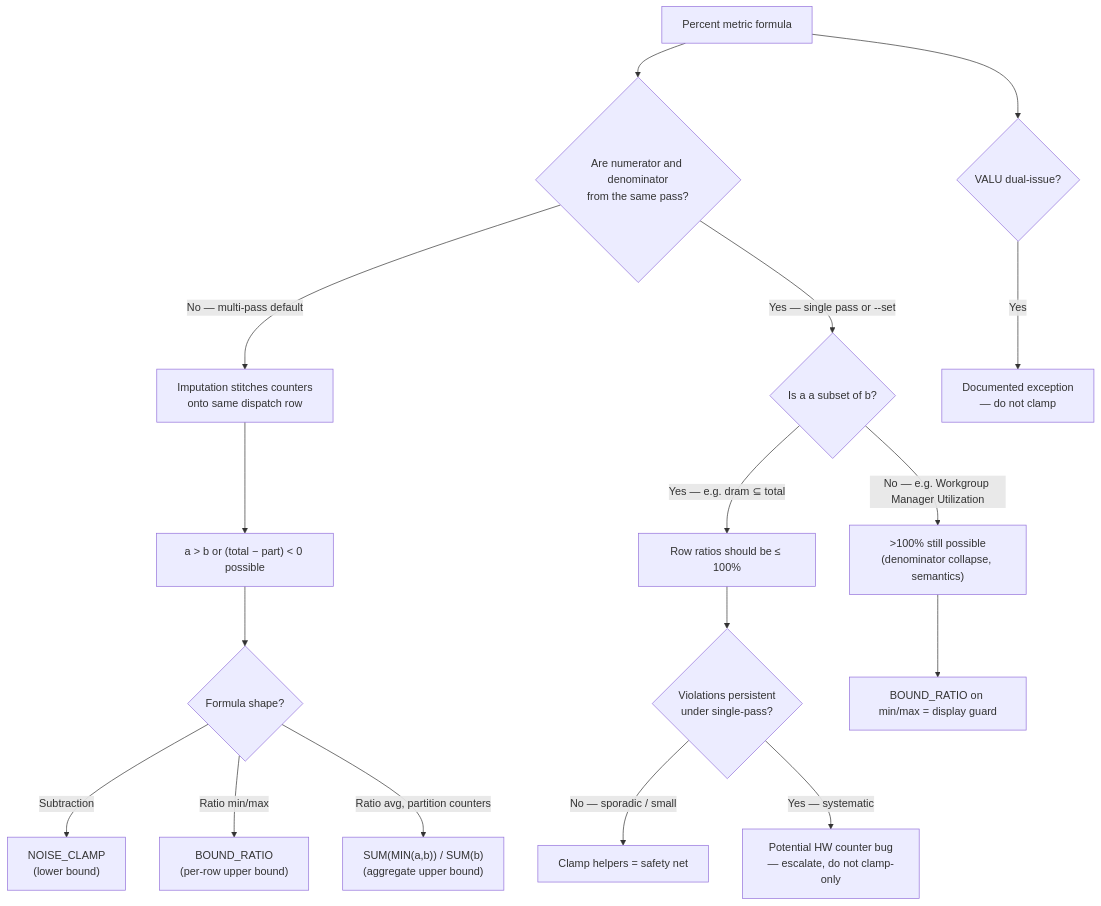
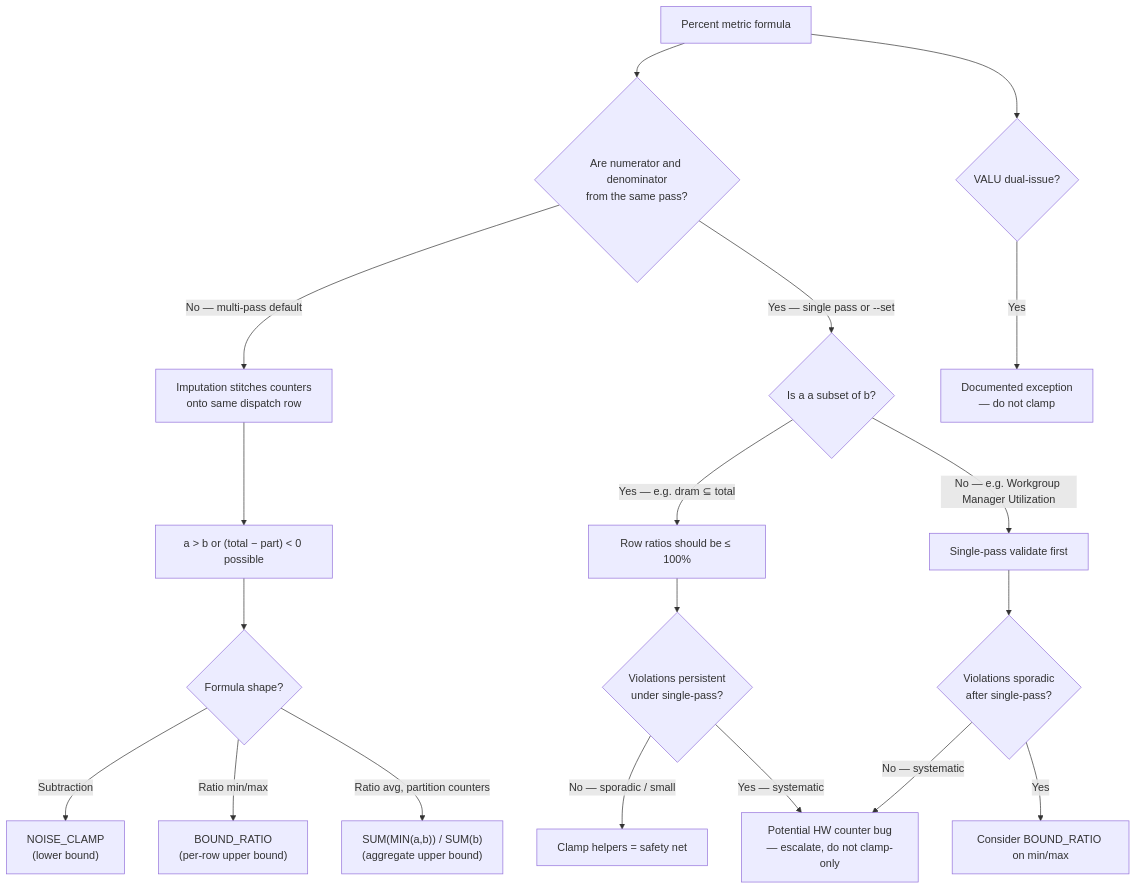
Before and after one commit to ROCm/rocm-systems: the diagram in projects/rocprofiler-compute/docs/design/metric-counter-correction-methods.md, drawn with Mermaid. The commit also changed other lines of this file, not shown here.

First line of the commit message:
[rocprofiler-compute] Require single-pass validation before applying caps

````diff
--- a/projects/rocprofiler-compute/docs/design/metric-counter-correction-methods.md
+++ b/projects/rocprofiler-compute/docs/design/metric-counter-correction-methods.md
@@ -344,19 +350,21 @@
 ```mermaid
 flowchart TD
     A["Percent metric formula"] --> B{"Are numerator and denominator<br/>from the same pass?"}
     B -->|No — multi-pass default| C["Imputation stitches counters<br/>onto same dispatch row"]
     C --> D["a > b or (total − part) < 0 possible"]
     D --> E{"Formula shape?"}
     E -->|Subtraction| F["NOISE_CLAMP<br/>(lower bound)"]
     E -->|Ratio min/max| G["BOUND_RATIO<br/>(per-row upper bound)"]
     E -->|Ratio avg, partition counters| H["SUM(MIN(a,b)) / SUM(b)<br/>(aggregate upper bound)"]
     B -->|Yes — single pass or --set| I{"Is a a subset of b?"}
     I -->|Yes — e.g. dram ⊆ total| J["Row ratios should be ≤ 100%"]
     J --> J2{"Violations persistent<br/>under single-pass?"}
     J2 -->|No — sporadic / small| K["Clamp helpers = safety net"]
     J2 -->|Yes — systematic| P["Potential HW counter bug<br/>— escalate, do not clamp-only"]
-    I -->|No — e.g. Workgroup Manager Utilization| L[">100% still possible<br/>(denominator collapse, semantics)"]
-    L --> M["BOUND_RATIO on min/max = display guard"]
+    I -->|No — e.g. Workgroup Manager Utilization| L["Single-pass validate first"]
+    L --> L2{"Violations sporadic<br/>after single-pass?"}
+    L2 -->|Yes| M["Consider BOUND_RATIO on min/max"]
+    L2 -->|No — systematic| P
     A --> N{"VALU dual-issue?"}
     N -->|Yes| O["Documented exception<br/>— do not clamp"]
 ```
````
